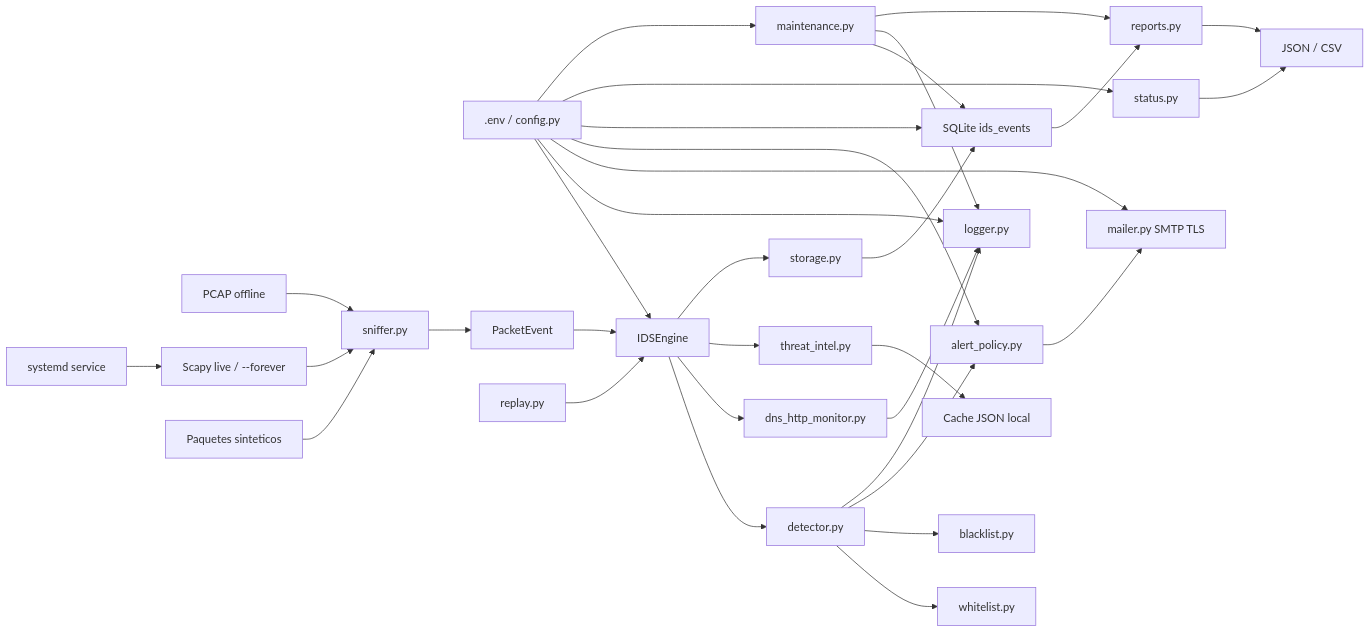
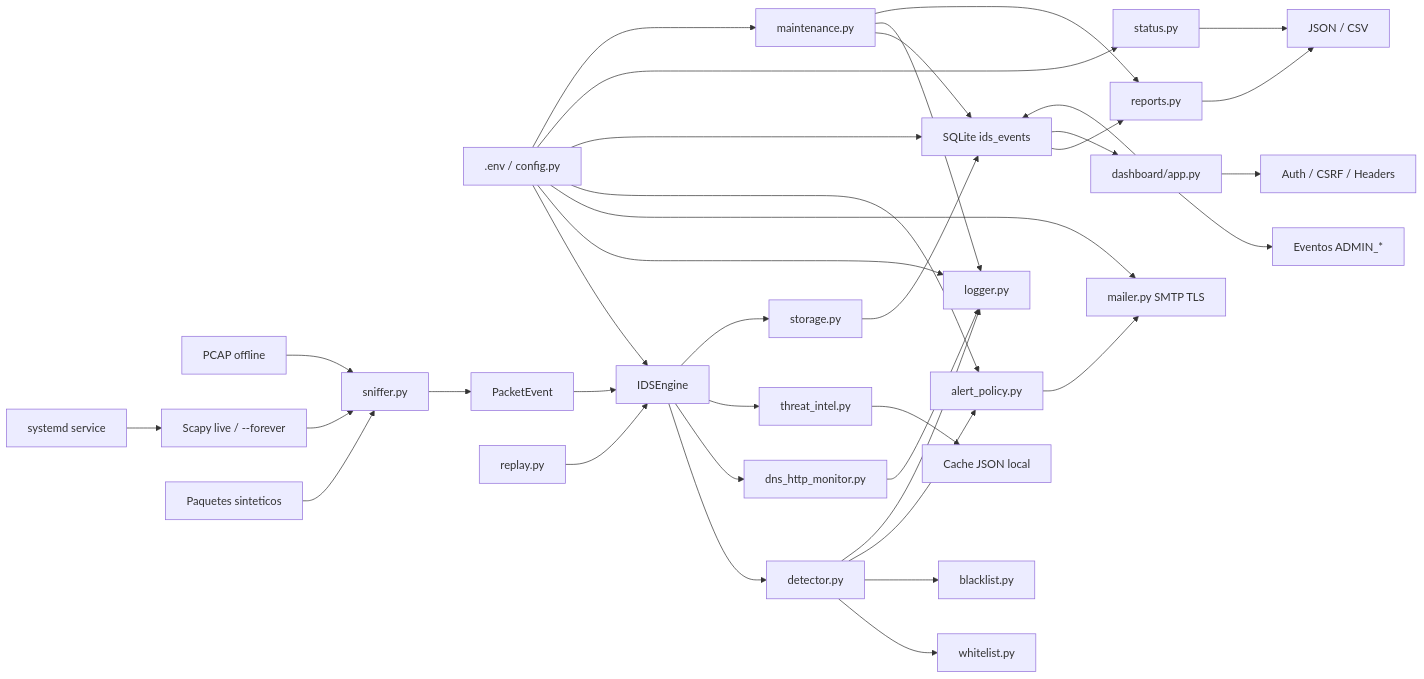
The diagram in docs/arquitectura.md (eDanSalas/Gleipnir), drawn with Mermaid before and after one commit. The commit also changed other lines of this file and 19 other files, not shown here.

````diff
--- a/docs/arquitectura.md
+++ b/docs/arquitectura.md
@@ -13,39 +13,43 @@
 ```mermaid
 flowchart LR
   ENV[".env / config.py"] --> ENGINE["IDSEngine"]
   ENV --> LOG["logger.py"]
   ENV --> MAIL["mailer.py SMTP TLS"]
   ENV --> POLICY["alert_policy.py"]
   ENV --> DB["SQLite ids_events"]
   ENV --> STATUS["status.py"]
   ENV --> MAINT["maintenance.py"]
 
   PCAP["PCAP offline"] --> SNIFF["sniffer.py"]
   LIVE["Scapy live / --forever"] --> SNIFF
   SYSTEMD["systemd service"] --> LIVE
   SYN["Paquetes sinteticos"] --> SNIFF
 
   SNIFF --> PE["PacketEvent"]
   PE --> ENGINE
   REPLAY["replay.py"] --> ENGINE
 
   ENGINE --> DET["detector.py"]
   ENGINE --> DNSHTTP["dns_http_monitor.py"]
   ENGINE --> TI["threat_intel.py"]
   ENGINE --> STORE["storage.py"]
 
   DET --> WL["whitelist.py"]
   DET --> BL["blacklist.py"]
   DET --> POLICY
   POLICY --> MAIL
   DET --> LOG
   DNSHTTP --> LOG
   TI --> CACHE["Cache JSON local"]
   STORE --> DB
   DB --> REP["reports.py"]
+  DB --> DASH["dashboard/app.py"]
   MAINT --> DB
   MAINT --> LOG
   MAINT --> REP
   REP --> OUT["JSON / CSV"]
   STATUS --> OUT
+  DASH --> DB
+  DASH --> AUDIT["Eventos ADMIN_*"]
+  DASH --> SEC["Auth / CSRF / Headers"]
 ```
````
